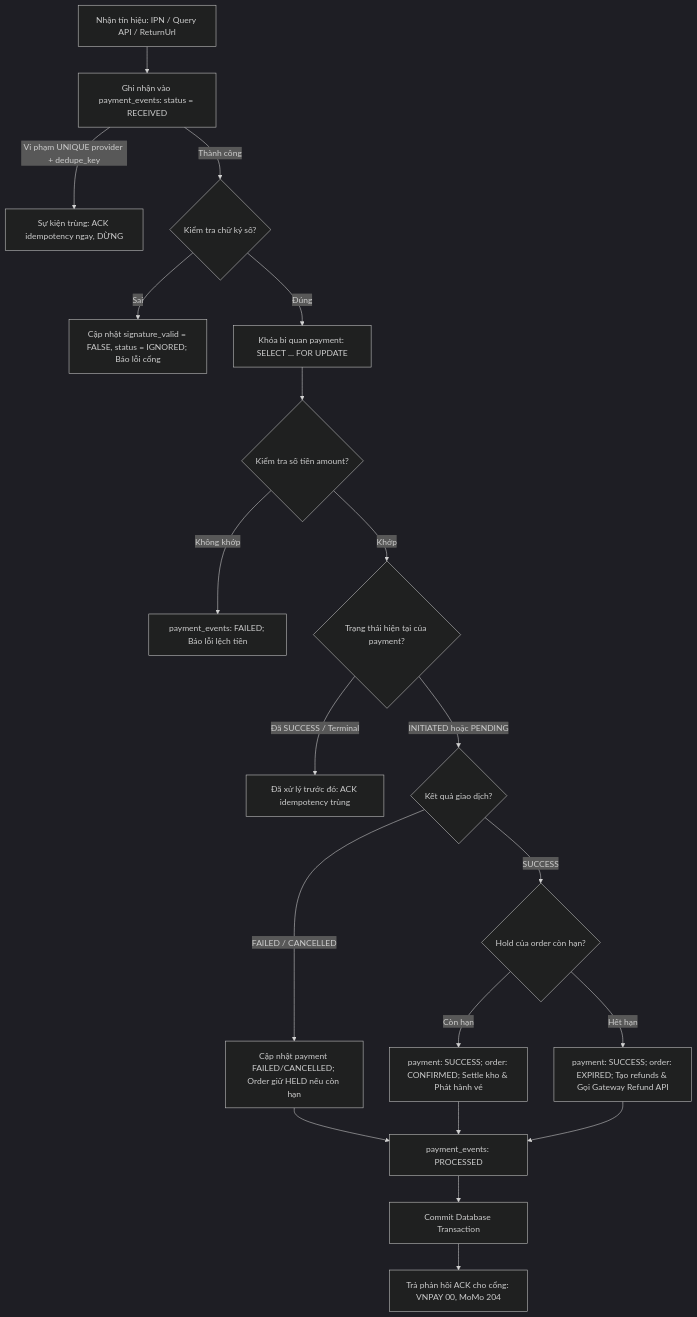
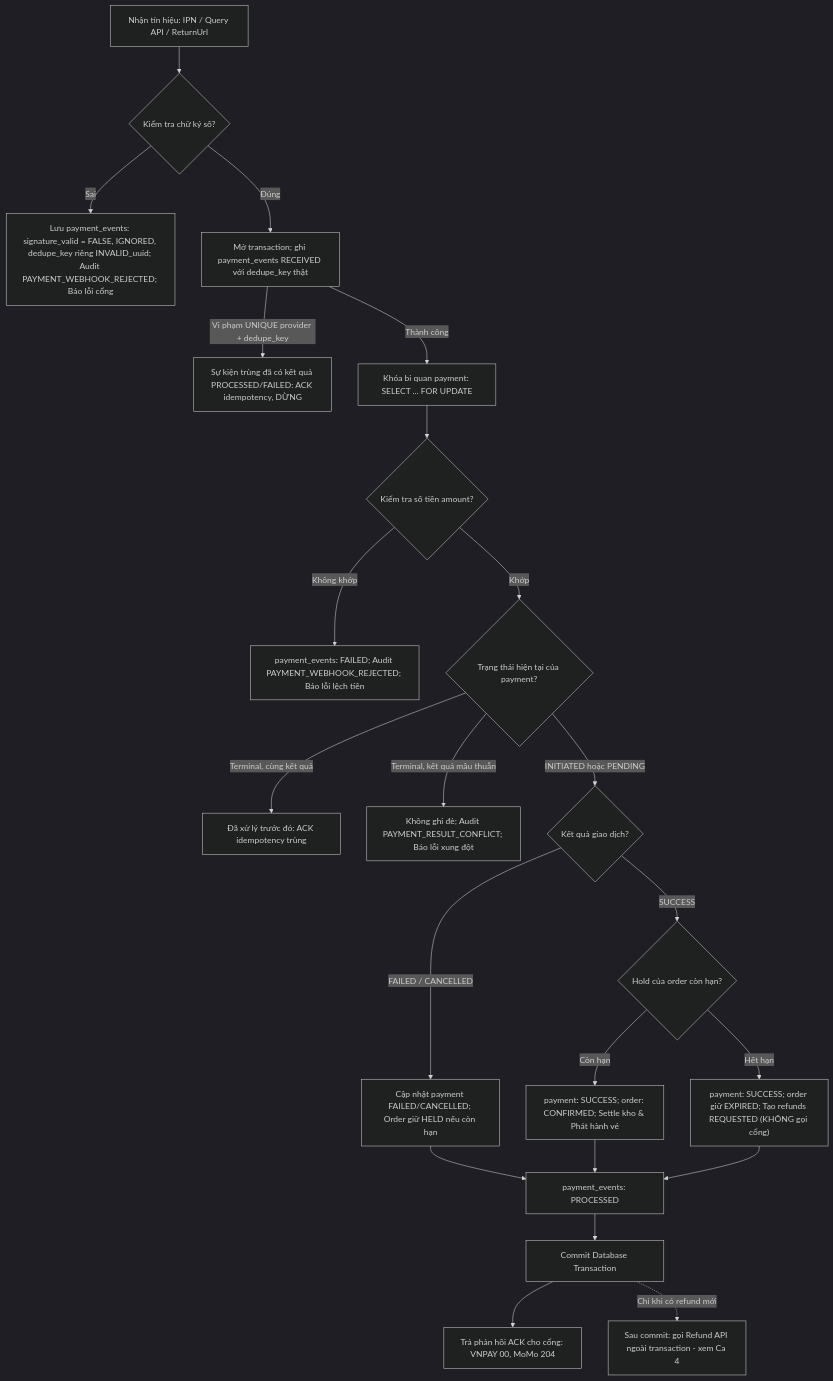
The second of 2 diagrams in blueprint/specs/details/17-payment-resilience.md (quocthaiLN/Ticket-Box), drawn with Mermaid (dark theme) before and after one commit. The commit also changed other lines of this file and 3 other files, not shown here.

Commit message:
docs: add audit log enum for payment audit

```diff
--- a/blueprint/specs/details/17-payment-resilience.md
+++ b/blueprint/specs/details/17-payment-resilience.md
@@ -152,22 +167,24 @@
 ~~~mermaid
 flowchart TD
-    A[Nhận tín hiệu: IPN / Query API / ReturnUrl] --> B[Ghi nhận vào payment_events: status = RECEIVED]
-    B -->|Vi phạm UNIQUE provider + dedupe_key| C[Sự kiện trùng: ACK idempotency ngay, DỪNG]
-    B -->|Thành công| D{Kiểm tra chữ ký số?}
-    D -->|Sai| E[Cập nhật signature_valid = FALSE, status = IGNORED; Báo lỗi cổng]
-    D -->|Đúng| F[Khóa bi quan payment: SELECT ... FOR UPDATE]
+    A[Nhận tín hiệu: IPN / Query API / ReturnUrl] --> D{Kiểm tra chữ ký số?}
+    D -->|Sai| E["Lưu payment_events: signature_valid = FALSE, IGNORED, dedupe_key riêng INVALID_uuid; Audit PAYMENT_WEBHOOK_REJECTED; Báo lỗi cổng"]
+    D -->|Đúng| B["Mở transaction; ghi payment_events RECEIVED với dedupe_key thật"]
+    B -->|Vi phạm UNIQUE provider + dedupe_key| C[Sự kiện trùng đã có kết quả PROCESSED/FAILED: ACK idempotency, DỪNG]
+    B -->|Thành công| F[Khóa bi quan payment: SELECT ... FOR UPDATE]
     F --> G{Kiểm tra số tiền amount?}
-    G -->|Không khớp| H[payment_events: FAILED; Báo lỗi lệch tiền]
+    G -->|Không khớp| H[payment_events: FAILED; Audit PAYMENT_WEBHOOK_REJECTED; Báo lỗi lệch tiền]
     G -->|Khớp| I{Trạng thái hiện tại của payment?}
-    I -->|Đã SUCCESS / Terminal| J[Đã xử lý trước đó: ACK idempotency trùng]
+    I -->|Terminal, cùng kết quả| J[Đã xử lý trước đó: ACK idempotency trùng]
+    I -->|Terminal, kết quả mâu thuẫn| S[Không ghi đè; Audit PAYMENT_RESULT_CONFLICT; Báo lỗi xung đột]
     I -->|INITIATED hoặc PENDING| K{Kết quả giao dịch?}
     K -->|FAILED / CANCELLED| L[Cập nhật payment FAILED/CANCELLED; Order giữ HELD nếu còn hạn]
     K -->|SUCCESS| M{Hold của order còn hạn?}
     M -->|Còn hạn| N[payment: SUCCESS; order: CONFIRMED; Settle kho & Phát hành vé]
-    M -->|Hết hạn| O[payment: SUCCESS; order: EXPIRED; Tạo refunds & Gọi Gateway Refund API]
+    M -->|Hết hạn| O["payment: SUCCESS; order giữ EXPIRED; Tạo refunds REQUESTED (KHÔNG gọi cổng)"]
     L --> P[payment_events: PROCESSED]
     N --> P
     O --> P
     P --> Q[Commit Database Transaction]
     Q --> R[Trả phản hồi ACK cho cổng: VNPAY 00, MoMo 204]
+    Q -.->|Chỉ khi có refund mới| T[Sau commit: gọi Refund API ngoài transaction - xem Ca 4]
 ~~~
```
